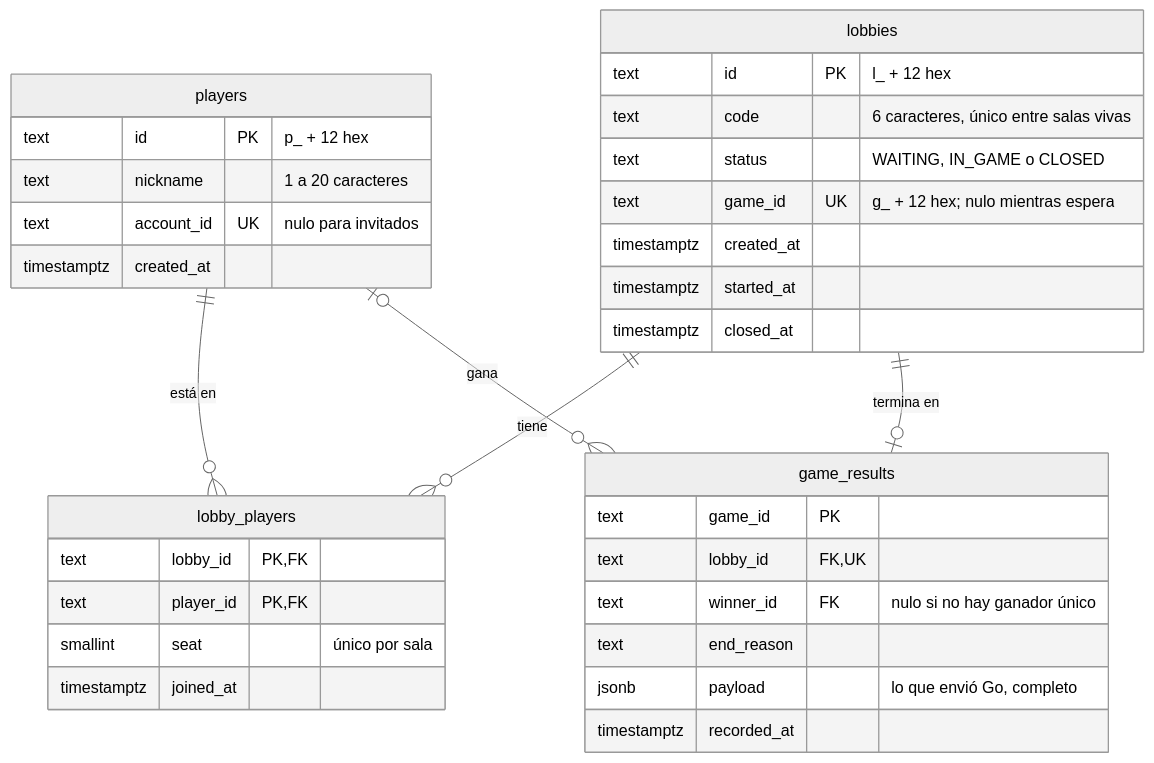
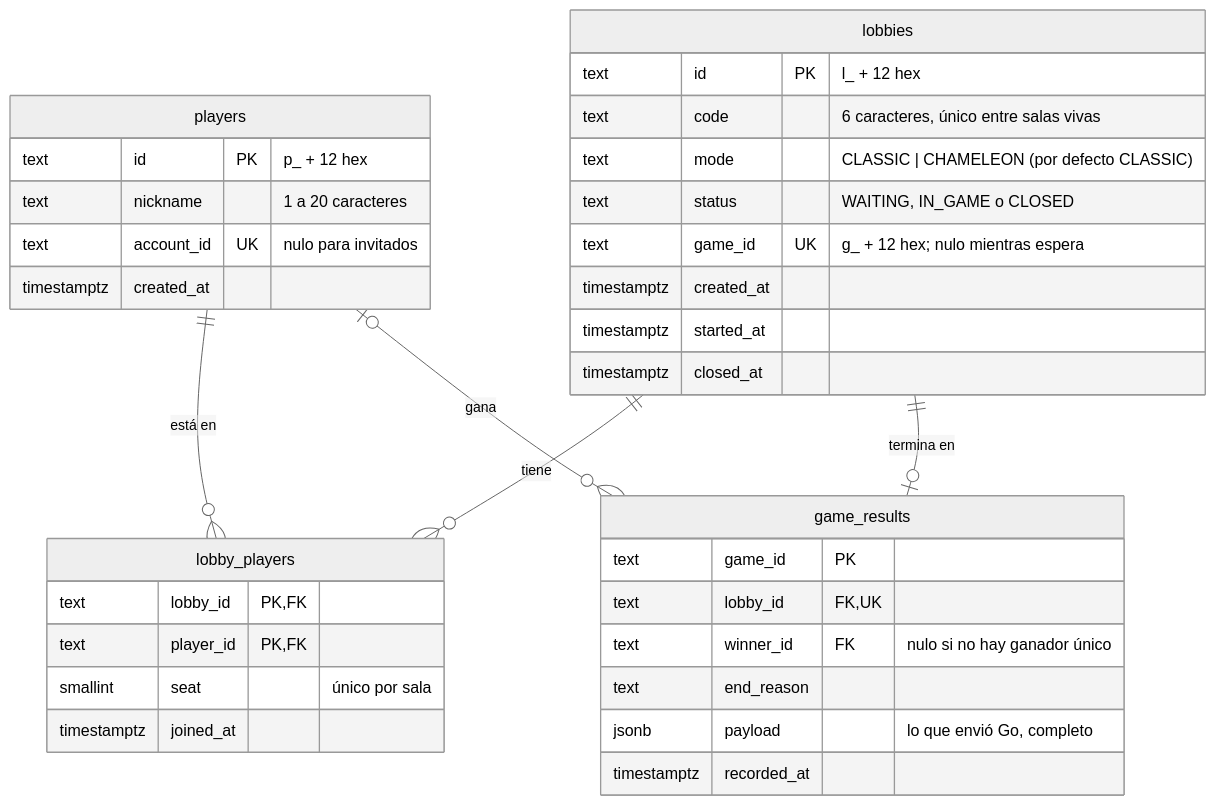
One commit to soetgdeznsgk/ArchSoft-Group1F changed the first of 2 diagrams in lobby-manager/docs/MODELO_DATOS.md. Above: the diagram before and after it, drawn with Mermaid (neutral theme). The commit also changed other lines of this file and 35 other files, not shown here.

````diff
--- a/lobby-manager/docs/MODELO_DATOS.md
+++ b/lobby-manager/docs/MODELO_DATOS.md
@@ -9,37 +9,38 @@
 ```mermaid
 erDiagram
     players ||--o{ lobby_players : "está en"
     lobbies ||--o{ lobby_players : "tiene"
     lobbies ||--o| game_results : "termina en"
     players |o--o{ game_results : "gana"
 
     players {
         text id PK "p_ + 12 hex"
         text nickname "1 a 20 caracteres"
         text account_id UK "nulo para invitados"
         timestamptz created_at
     }
     lobbies {
         text id PK "l_ + 12 hex"
         text code "6 caracteres, único entre salas vivas"
+        text mode "CLASSIC | CHAMELEON (por defecto CLASSIC)"
         text status "WAITING, IN_GAME o CLOSED"
         text game_id UK "g_ + 12 hex; nulo mientras espera"
         timestamptz created_at
         timestamptz started_at
         timestamptz closed_at
     }
     lobby_players {
         text lobby_id PK, FK
         text player_id PK, FK
         smallint seat "único por sala"
         timestamptz joined_at
     }
     game_results {
         text game_id PK
         text lobby_id FK, UK
         text winner_id FK "nulo si no hay ganador único"
         text end_reason
         jsonb payload "lo que envió Go, completo"
         timestamptz recorded_at
     }
 ```
````
